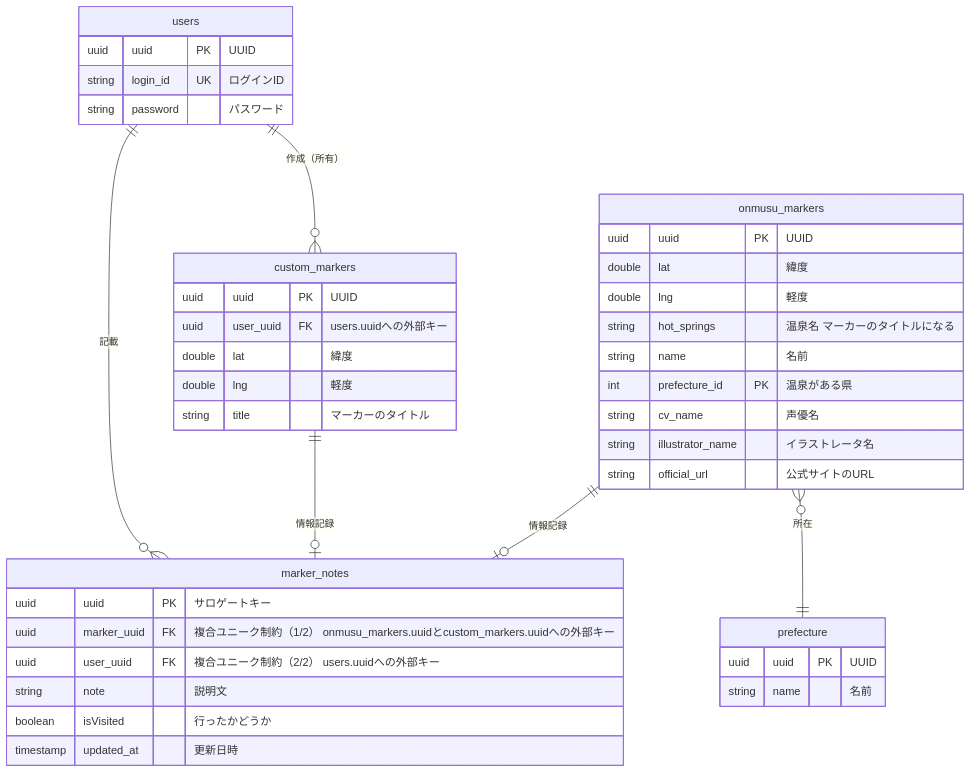
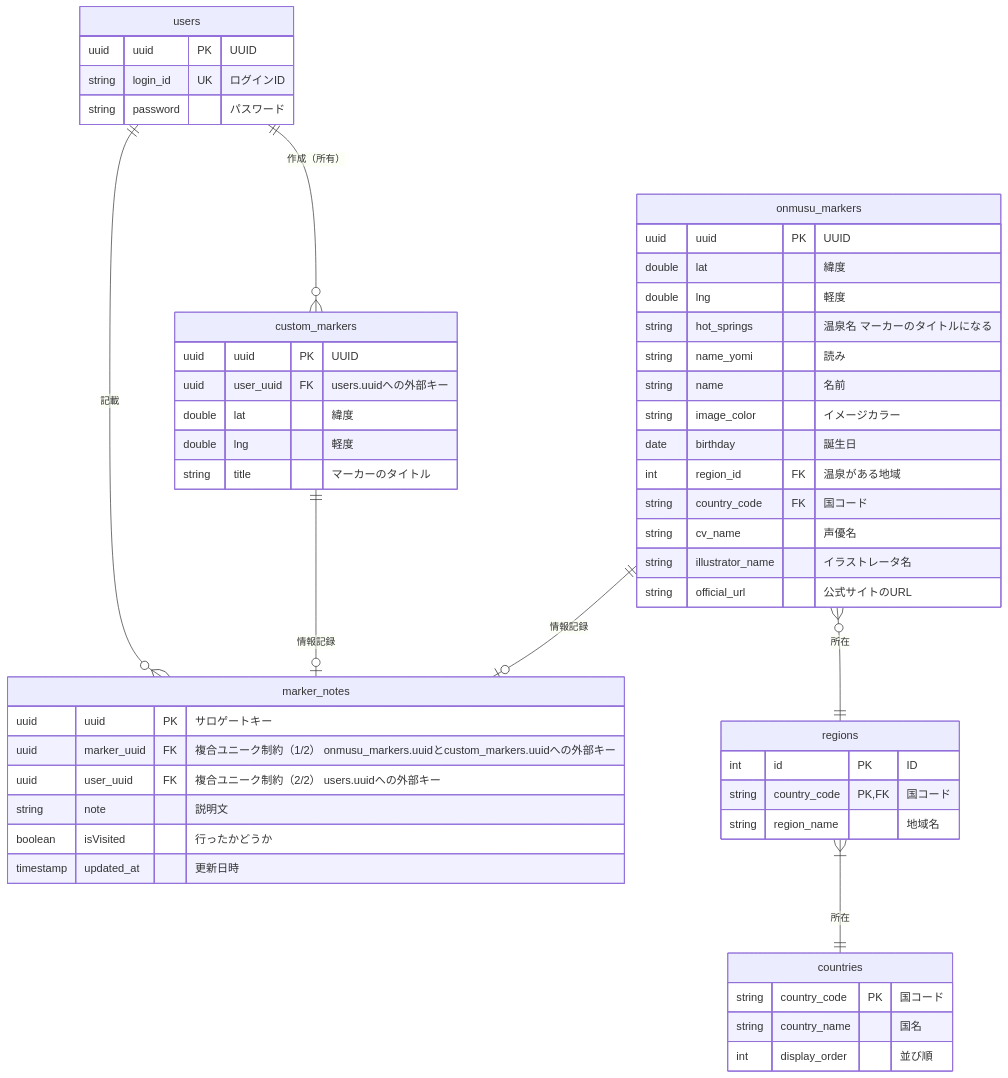
One commit to cappucappu/onmusu-map changed the diagram in docs/MEMO.md. Above: the diagram before and after it, drawn with Mermaid. The commit also changed other lines of this file, not shown here.

Commit message:
メモの更新

````diff
--- a/docs/MEMO.md
+++ b/docs/MEMO.md
@@ -23,55 +30,68 @@
 ```mermaid
 erDiagram
     %% 関係の定義
     users ||--o{ custom_markers: "作成（所有）"
     users ||--o{ marker_notes: "記載"
-    onmusu_markers }o--|| prefecture : "所在"
+    onmusu_markers }o--|| regions : "所在"
+    regions }|--|| countries : "所在"
     custom_markers ||--o| marker_notes: "情報記録"
     onmusu_markers ||--o| marker_notes: "情報記録"
     
     
     %% テーブル情報の定義
     onmusu_markers {
         uuid uuid PK "UUID"
         double lat "緯度"
         double lng "軽度"
         string hot_springs "温泉名 マーカーのタイトルになる"
+        string name_yomi"読み"
         string name "名前"
-        int prefecture_id PK "温泉がある県"
+        string image_color "イメージカラー"
+        date birthday "誕生日"
+        int region_id FK "温泉がある地域"
+        string country_code FK "国コード"
         string cv_name "声優名"
         string illustrator_name "イラストレータ名"
         string official_url "公式サイトのURL"
     }
     
-    %% 県
-    prefecture {
-        uuid uuid PK "UUID"
-        string name "名前"
+    %% 地域
+    regions {
+        int id PK "ID"
+        string country_code PK,FK "国コード"
+        string region_name "地域名"
+    }
+    
+    %% 国
+    countries {
+        string country_code PK "国コード"
+        string country_name "国名"
+        int display_order "並び順"
     }
     
     %% 地図上に表示するマーカーの情報
     custom_markers {
         uuid uuid PK "UUID"
         uuid user_uuid FK "users.uuidへの外部キー"
         double lat "緯度"
         double lng "軽度"
         string title "マーカーのタイトル"
     }
     
     %% ユーザーがマーカーに付与する情報
     marker_notes{
         uuid uuid PK "サロゲートキー"
         uuid marker_uuid FK "複合ユニーク制約（1/2） onmusu_markers.uuidとcustom_markers.uuidへの外部キー"
         uuid user_uuid FK "複合ユニーク制約（2/2） users.uuidへの外部キー"
         string note "説明文"
         boolean isVisited "行ったかどうか"
         timestamp updated_at "更新日時"
     }
     
     %% ユーザマスタ
     users {
         uuid uuid PK "UUID"
         string login_id UK "ログインID"
         string password "パスワード"
     }
 ```
````
